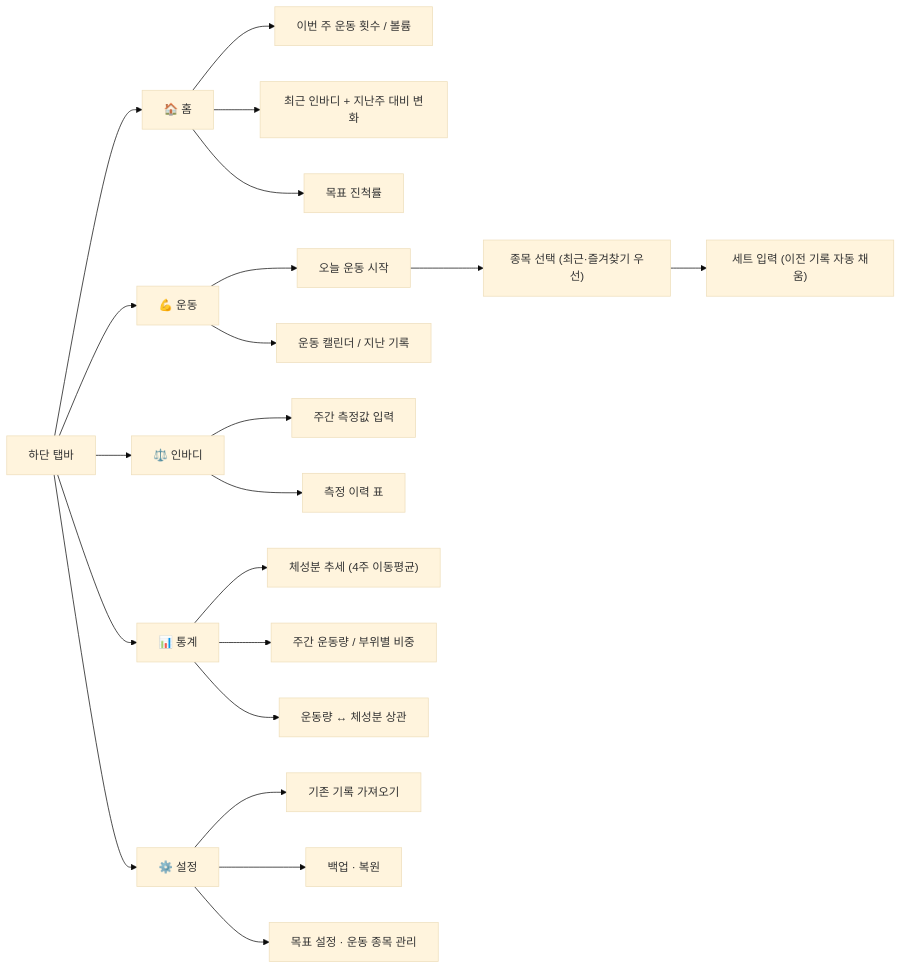
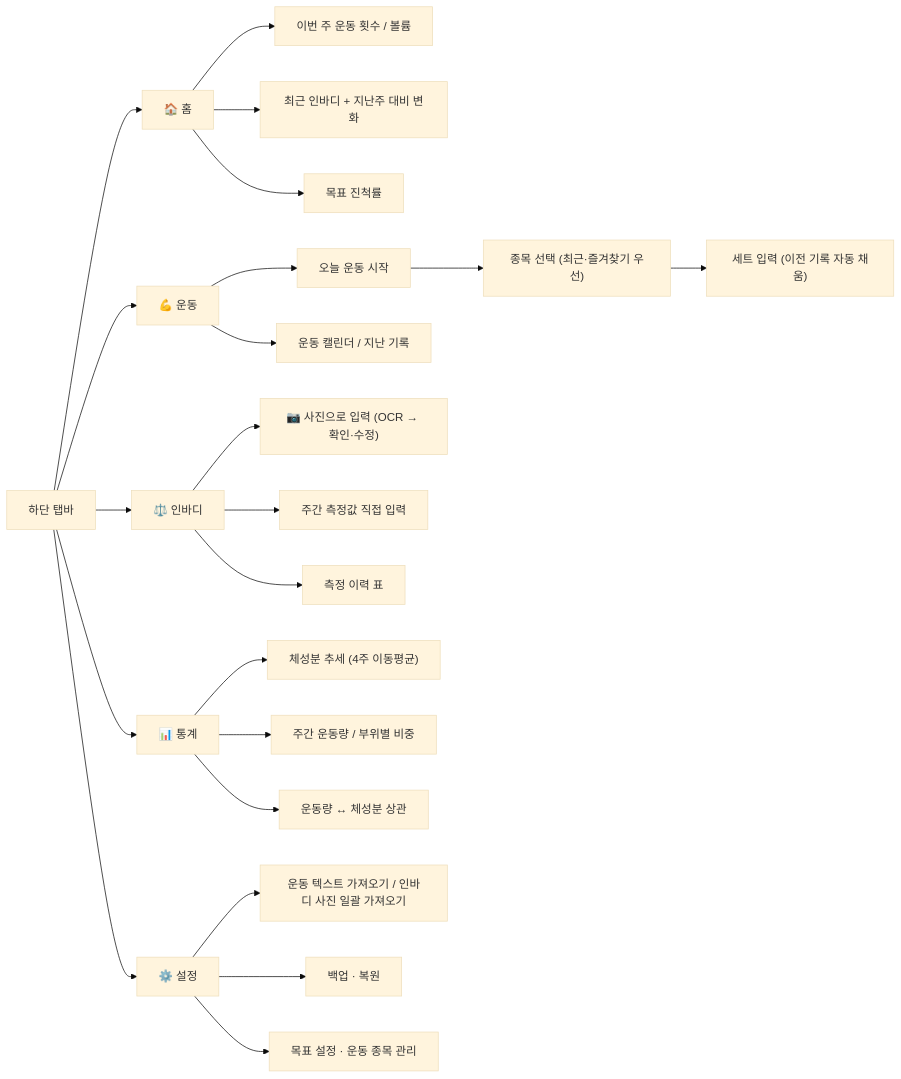
The second of 6 diagrams in docs/ARCHITECTURE.md (y2j1004-run/003.workout_mgmt), drawn with Mermaid (base theme) before and after one commit. The commit also changed other lines of this file and 23 other files, not shown here.

````diff
--- a/docs/ARCHITECTURE.md
+++ b/docs/ARCHITECTURE.md
@@ -79,28 +93,29 @@
 ```mermaid
 flowchart LR
     TAB["하단 탭바"] --> H["🏠 홈"]
     TAB --> W["💪 운동"]
     TAB --> I["⚖️ 인바디"]
     TAB --> S["📊 통계"]
     TAB --> C["⚙️ 설정"]
 
     H --> H1["이번 주 운동 횟수 / 볼륨"]
     H --> H2["최근 인바디 + 지난주 대비 변화"]
     H --> H3["목표 진척률"]
 
     W --> W1["오늘 운동 시작"]
     W1 --> W2["종목 선택 (최근·즐겨찾기 우선)"]
     W2 --> W3["세트 입력 (이전 기록 자동 채움)"]
     W --> W4["운동 캘린더 / 지난 기록"]
 
-    I --> I1["주간 측정값 입력"]
+    I --> I0["📷 사진으로 입력 (OCR → 확인·수정)"]
+    I --> I1["주간 측정값 직접 입력"]
     I --> I2["측정 이력 표"]
 
     S --> S1["체성분 추세 (4주 이동평균)"]
     S --> S2["주간 운동량 / 부위별 비중"]
     S --> S3["운동량 ↔ 체성분 상관"]
 
-    C --> C1["기존 기록 가져오기"]
+    C --> C1["운동 텍스트 가져오기 / 인바디 사진 일괄 가져오기"]
     C --> C2["백업 · 복원"]
     C --> C3["목표 설정 · 운동 종목 관리"]
 ```
````
